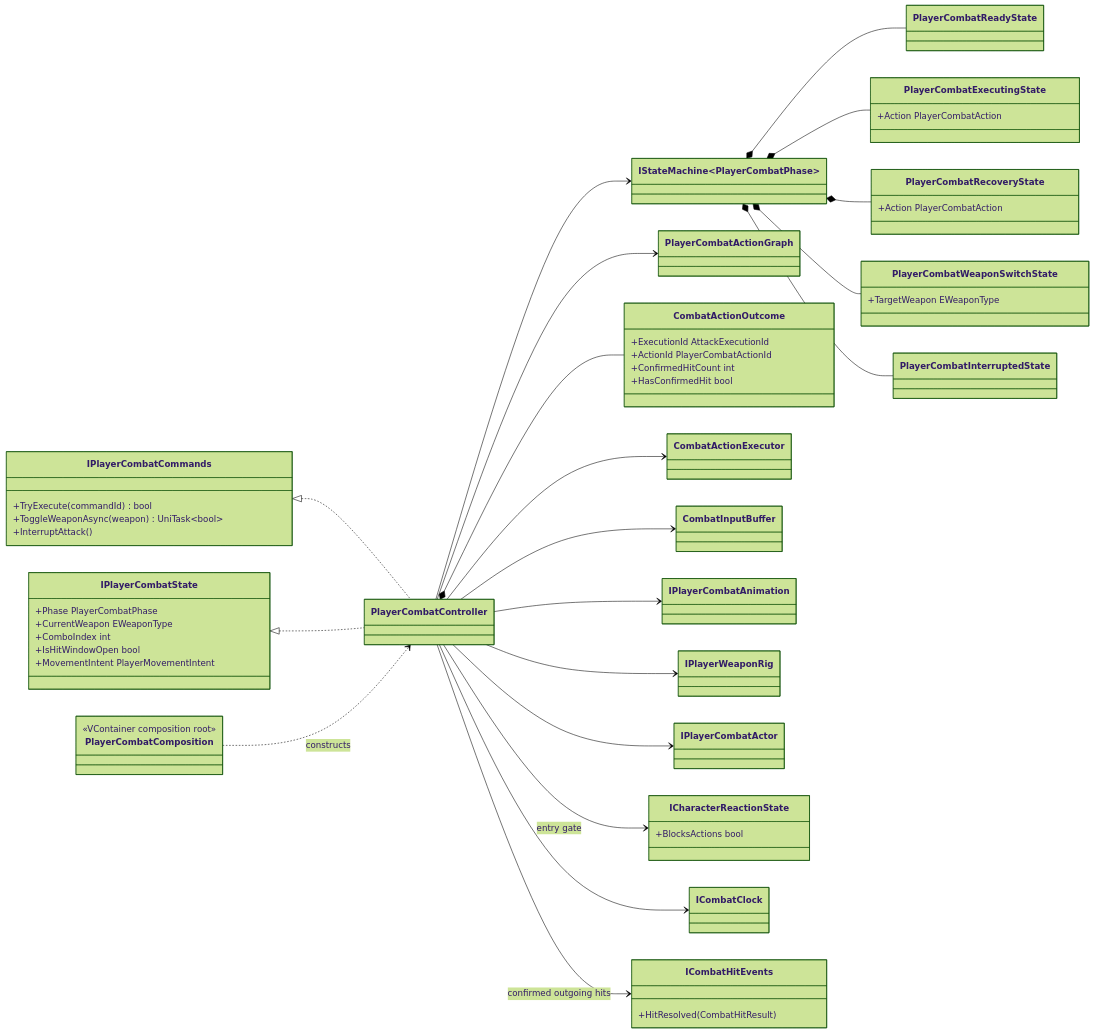
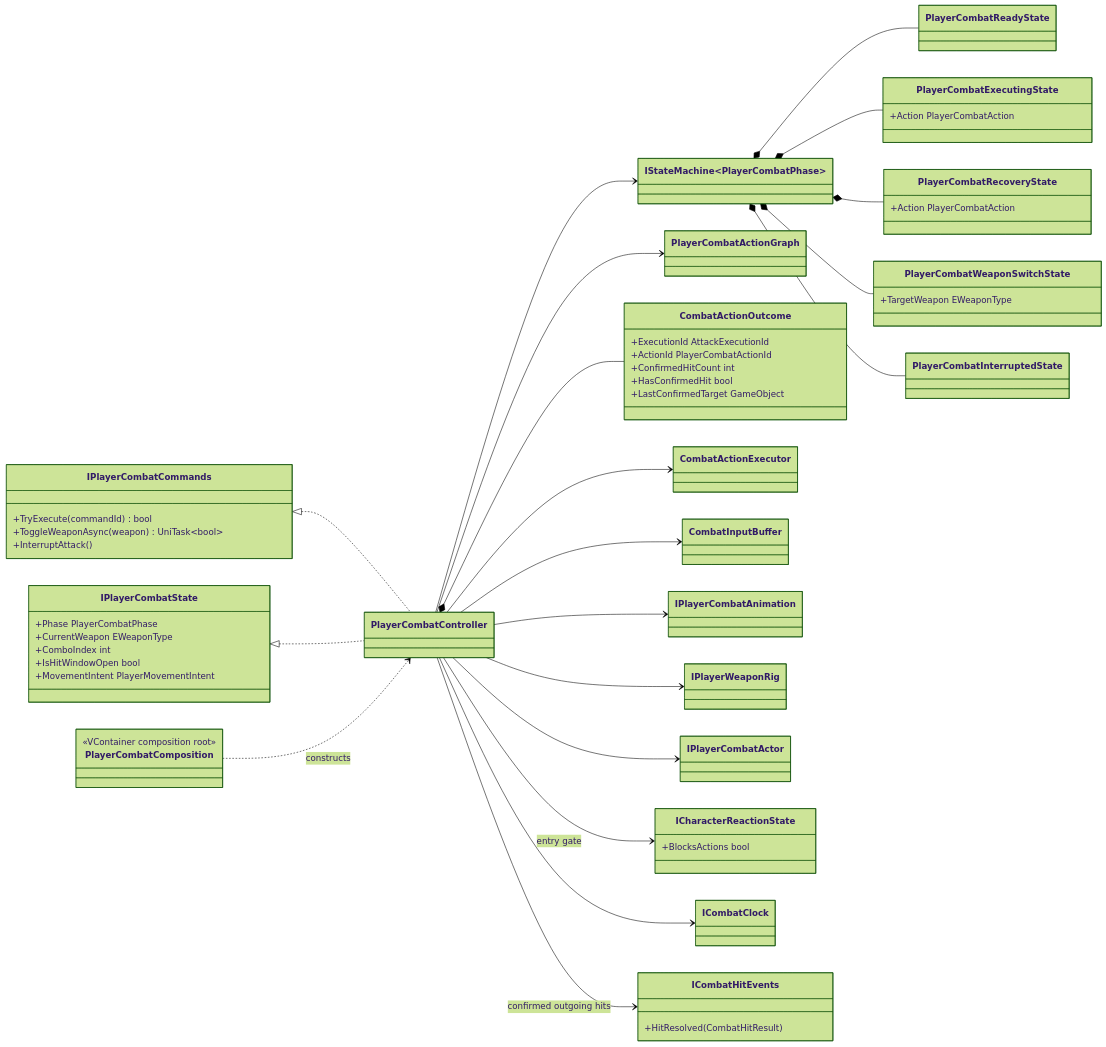
The first of 3 diagrams in Docs/Architecture/Player.Combat.md (MaximFonariuc/project-s), drawn with Mermaid (forest theme) before and after one commit. The commit also changed other lines of this file and 23 other files, not shown here.

Commit message:
feat(combat): add launcher air chase flow

````diff
--- a/Docs/Architecture/Player.Combat.md
+++ b/Docs/Architecture/Player.Combat.md
@@ -57,72 +72,73 @@
 ```mermaid
 classDiagram
     direction LR
 
     class IPlayerCombatCommands {
         +TryExecute(commandId) bool
         +ToggleWeaponAsync(weapon) UniTask~bool~
         +InterruptAttack()
     }
     class IPlayerCombatState {
         +Phase PlayerCombatPhase
         +CurrentWeapon EWeaponType
         +ComboIndex int
         +IsHitWindowOpen bool
         +MovementIntent PlayerMovementIntent
     }
     class PlayerCombatController
     class IStateMachine~PlayerCombatPhase~
     class PlayerCombatReadyState
     class PlayerCombatExecutingState {
         +Action PlayerCombatAction
     }
     class PlayerCombatRecoveryState {
         +Action PlayerCombatAction
     }
     class PlayerCombatWeaponSwitchState {
         +TargetWeapon EWeaponType
     }
     class PlayerCombatInterruptedState
     class PlayerCombatActionGraph
     class CombatActionOutcome {
         +ExecutionId AttackExecutionId
         +ActionId PlayerCombatActionId
         +ConfirmedHitCount int
         +HasConfirmedHit bool
+        +LastConfirmedTarget GameObject
     }
     class CombatActionExecutor
     class CombatInputBuffer
     class IPlayerCombatAnimation
     class IPlayerWeaponRig
     class IPlayerCombatActor
     class ICharacterReactionState {
         +BlocksActions bool
     }
     class ICombatClock
     class ICombatHitEvents {
         +HitResolved(CombatHitResult)
     }
     class PlayerCombatComposition {
         <<VContainer composition root>>
     }
 
     IPlayerCombatCommands <|.. PlayerCombatController
     IPlayerCombatState <|.. PlayerCombatController
     PlayerCombatController --> IStateMachine~PlayerCombatPhase~
     PlayerCombatController --> PlayerCombatActionGraph
     PlayerCombatController *-- CombatActionOutcome
     PlayerCombatController --> ICombatHitEvents : confirmed outgoing hits
     PlayerCombatController --> CombatActionExecutor
     PlayerCombatController --> CombatInputBuffer
     PlayerCombatController --> IPlayerCombatAnimation
     PlayerCombatController --> IPlayerWeaponRig
     PlayerCombatController --> IPlayerCombatActor
     PlayerCombatController --> ICharacterReactionState : entry gate
     PlayerCombatController --> ICombatClock
     IStateMachine~PlayerCombatPhase~ *-- PlayerCombatReadyState
     IStateMachine~PlayerCombatPhase~ *-- PlayerCombatExecutingState
     IStateMachine~PlayerCombatPhase~ *-- PlayerCombatRecoveryState
     IStateMachine~PlayerCombatPhase~ *-- PlayerCombatWeaponSwitchState
     IStateMachine~PlayerCombatPhase~ *-- PlayerCombatInterruptedState
     PlayerCombatComposition ..> PlayerCombatController : constructs
 ```
````
